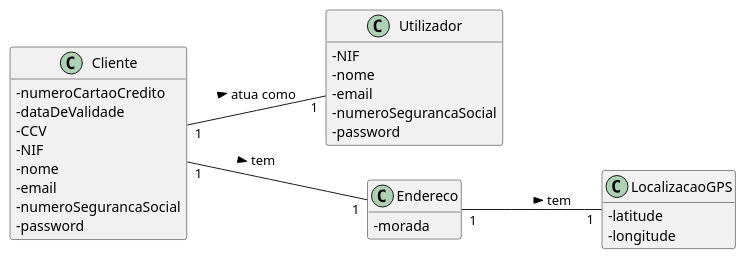
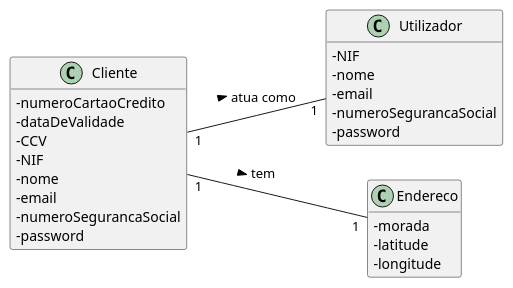
The diagram in docs/UC7/MD-REGISTAR CLIENTE.puml (pedrolemos4/LAPR3), drawn with PlantUML before and after one commit. The commit also changed 3 other files, not shown here.

```diff
--- a/docs/UC7/MD-REGISTAR CLIENTE.puml
+++ b/docs/UC7/MD-REGISTAR CLIENTE.puml
@@ -1,38 +1,34 @@
 @startuml
 skinparam classAttributeIconSize 0
 hide methods
 left to right direction
 
 class Utilizador {
   -NIF
   -nome
   -email
   -numeroSegurancaSocial
   -password
 }
 
 class Endereco {
   -morada
-}
-
-class LocalizacaoGPS {
   -latitude
   -longitude
 }
 
 class Cliente {
   -numeroCartaoCredito
   -dataDeValidade
   -CCV
   -NIF
   -nome
   -email
   -numeroSegurancaSocial
   -password
 }
 
-Endereco "1" -- "1" LocalizacaoGPS: tem >
 Cliente "1" -- "1" Endereco: tem >
 Cliente "1" -- "1" Utilizador: atua como >
 
 @enduml
```
